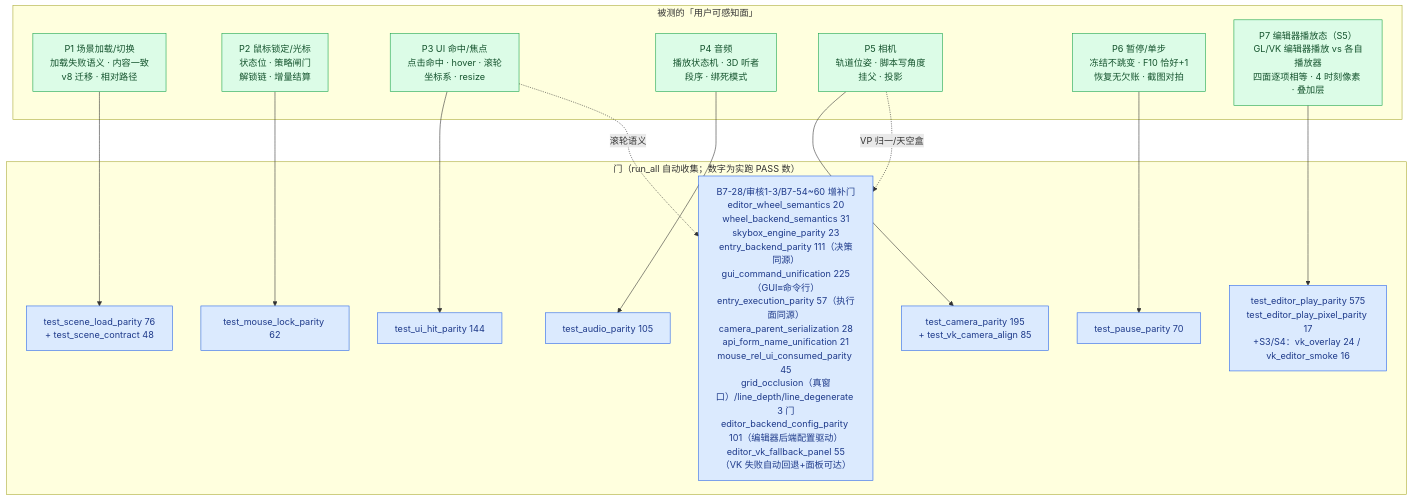
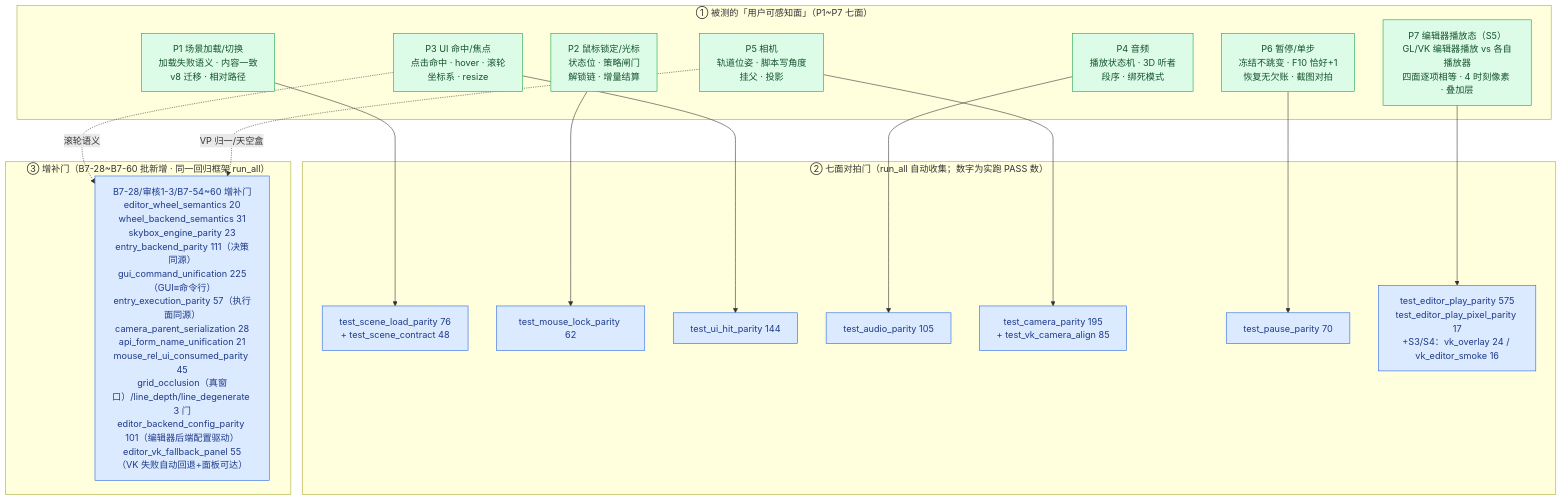
Before and after one commit to lhy302/WeaveEngine: diagram 22 of 23 in ARCHITECTURE.md, drawn with Mermaid. The commit also changed other lines of this file, not shown here.

Commit message:
docs: 图 15~19 全部改为功能模块分框结构（含事实实测刷新）

````diff
--- a/ARCHITECTURE.md
+++ b/ARCHITECTURE.md
@@ -1425,33 +1449,35 @@
 ```mermaid
 flowchart TB
-  subgraph FACES["被测的「用户可感知面」"]
+  subgraph FACES["① 被测的「用户可感知面」（P1~P7 七面）"]
     F1["P1 场景加载/切换<br/>加载失败语义 · 内容一致<br/>v8 迁移 · 相对路径"]:::ok
     F2["P2 鼠标锁定/光标<br/>状态位 · 策略闸门<br/>解锁链 · 增量结算"]:::ok
     F3["P3 UI 命中/焦点<br/>点击命中 · hover · 滚轮<br/>坐标系 · resize"]:::ok
     F4["P4 音频<br/>播放状态机 · 3D 听者<br/>段序 · 绑死模式"]:::ok
     F5["P5 相机<br/>轨道位姿 · 脚本写角度<br/>挂父 · 投影"]:::ok
     F6["P6 暂停/单步<br/>冻结不跳变 · F10 恰好+1<br/>恢复无欠账 · 截图对拍"]:::ok
     F7["P7 编辑器播放态（S5）<br/>GL/VK 编辑器播放 vs 各自播放器<br/>四面逐项相等 · 4 时刻像素 · 叠加层"]:::ok
   end
-  subgraph GATES["门（run_all 自动收集；数字为实跑 PASS 数）"]
+  subgraph COREGATES["② 七面对拍门（run_all 自动收集；数字为实跑 PASS 数）"]
     G1["test_scene_load_parity 76<br/>+ test_scene_contract 48"]:::gate
     G2["test_mouse_lock_parity 62"]:::gate
     G3["test_ui_hit_parity 144"]:::gate
     G4["test_audio_parity 105"]:::gate
     G5["test_camera_parity 195<br/>+ test_vk_camera_align 85"]:::gate
     G6["test_pause_parity 70"]:::gate
     G7["test_editor_play_parity 575<br/>test_editor_play_pixel_parity 17<br/>+S3/S4：vk_overlay 24 / vk_editor_smoke 16"]:::gate
+  end
+  subgraph ADDGATES["③ 增补门（B7-28~B7-60 批新增 · 同一回归框架 run_all）"]
     G8["B7-28/审核1-3/B7-54~60 增补门<br/>editor_wheel_semantics 20<br/>wheel_backend_semantics 31<br/>skybox_engine_parity 23<br/>entry_backend_parity 111（决策同源）<br/>gui_command_unification 225（GUI≡命令行）<br/>entry_execution_parity 57（执行面同源）<br/>camera_parent_serialization 28<br/>api_form_name_unification 21<br/>mouse_rel_ui_consumed_parity 45<br/>grid_occlusion（真窗口）/line_depth/line_degenerate 3 门<br/>editor_backend_config_parity 101（编辑器后端配置驱动）<br/>editor_vk_fallback_panel 55（VK 失败自动回退+面板可达）"]:::gate
   end
   F1 --> G1
   F2 --> G2
   F3 --> G3
   F3 -.->|滚轮语义| G8
   F4 --> G4
   F5 --> G5
   F5 -.->|VP 归一/天空盒| G8
   F6 --> G6
   F7 --> G7
   classDef ok fill:#dcfce7,stroke:#16a34a,color:#14532d
   classDef gate fill:#dbeafe,stroke:#2563eb,color:#1e3a8a
 ```
````
